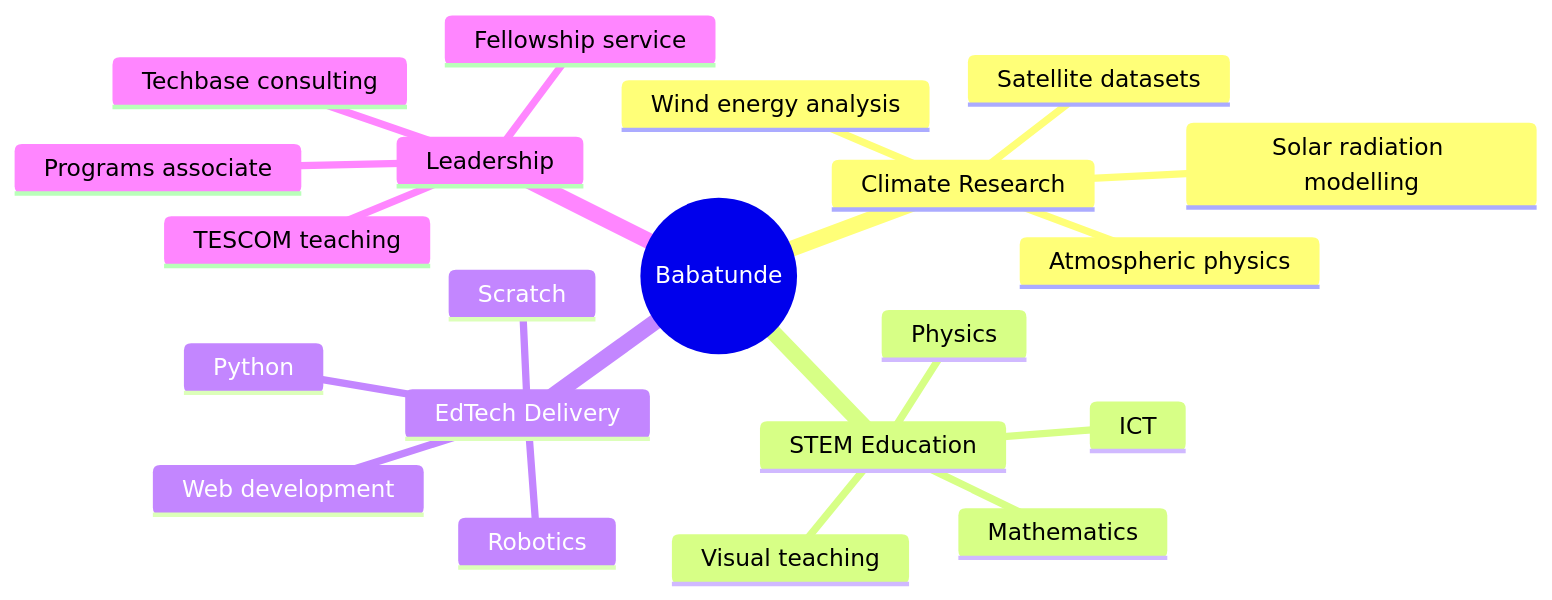
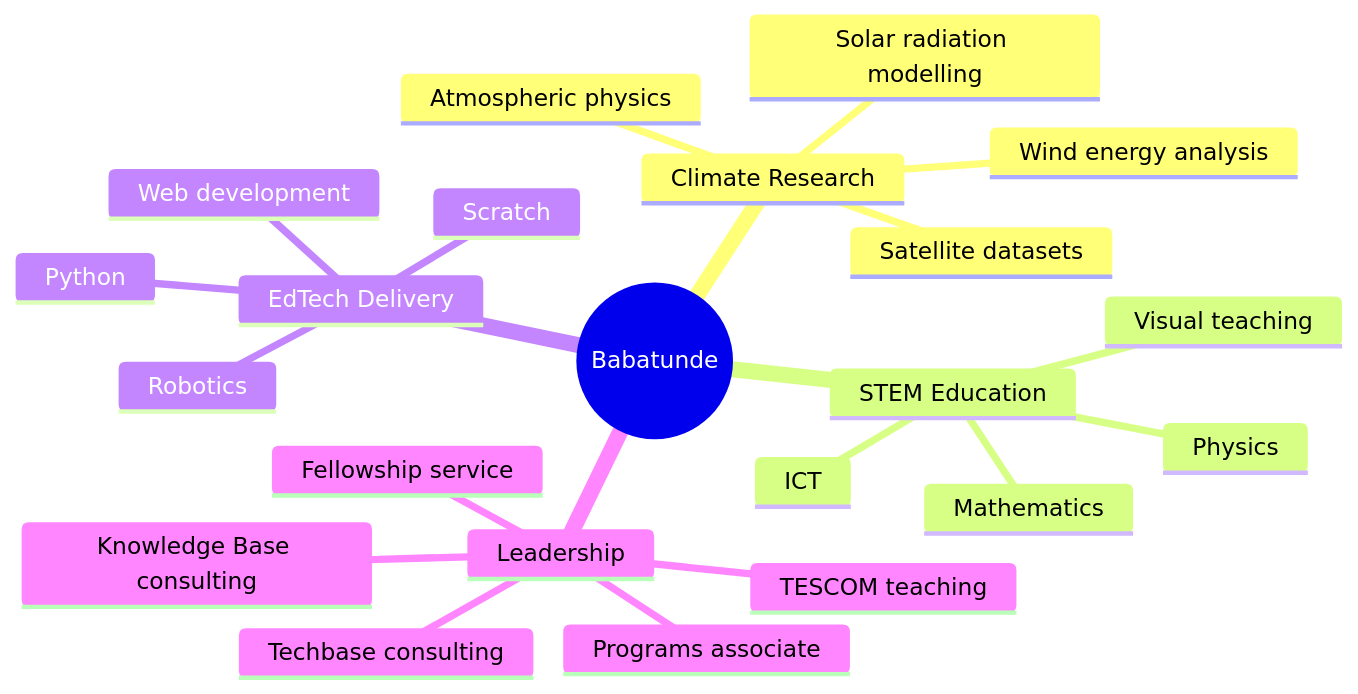
The first of 2 diagrams in README.md (babatundeawo/babatundeawo), drawn with Mermaid before and after one commit. The commit also changed other lines of this file, not shown here.

````diff
--- a/README.md
+++ b/README.md
@@ -347,24 +357,25 @@
 ```mermaid
 mindmap
   root((Babatunde))
     Climate Research
       Solar radiation modelling
       Satellite datasets
       Atmospheric physics
       Wind energy analysis
     STEM Education
       Physics
       Mathematics
       ICT
       Visual teaching
     EdTech Delivery
       Python
       Scratch
       Web development
       Robotics
     Leadership
       TESCOM teaching
+      Knowledge Base consulting
       Techbase consulting
       Programs associate
       Fellowship service
 ```
````
